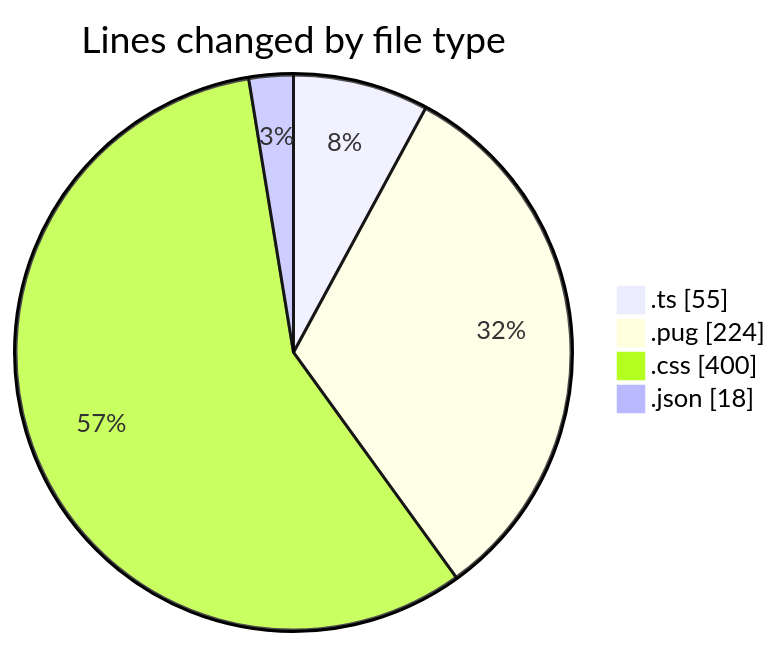
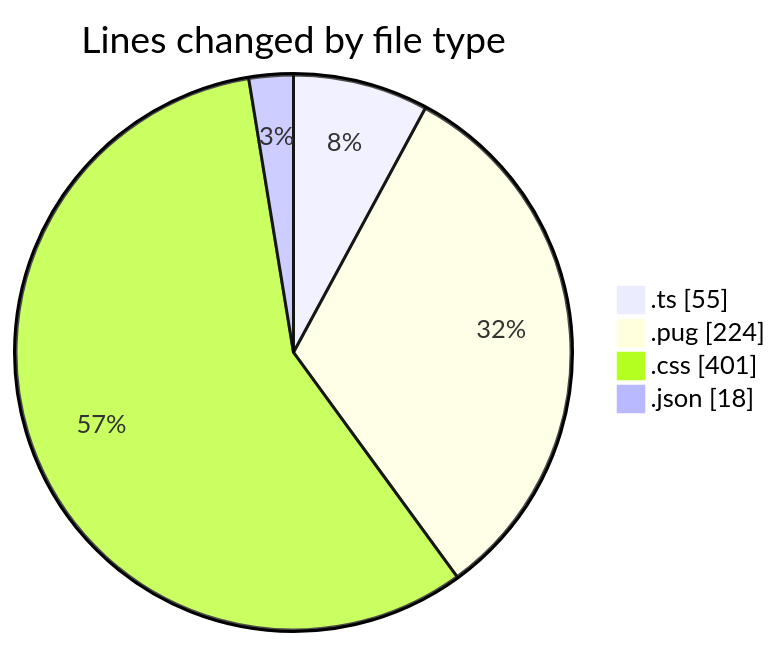
Before and after one commit to momahboobian/code-tracking: the first of 2 diagrams in 2025-10-31/cda/README.md, drawn with Mermaid. The commit also changed other lines of this file and 1 other file, not shown here.

````diff
--- a/2025-10-31/cda/README.md
+++ b/2025-10-31/cda/README.md
@@ -25,8 +25,8 @@
 ```mermaid
 pie showData
 title Lines changed by file type
 ".ts" : 55
 ".pug" : 224
-".css" : 400
+".css" : 401
 ".json" : 18
 ```
````
